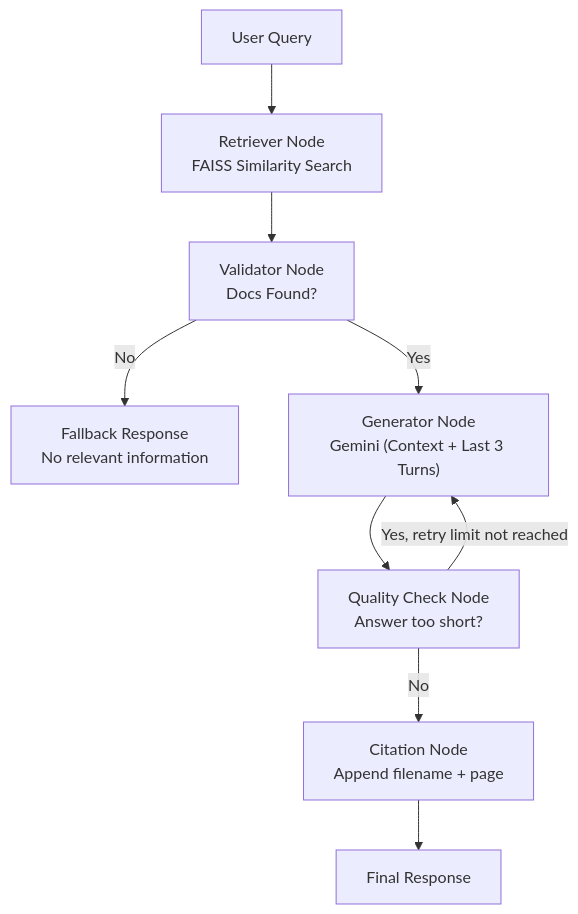
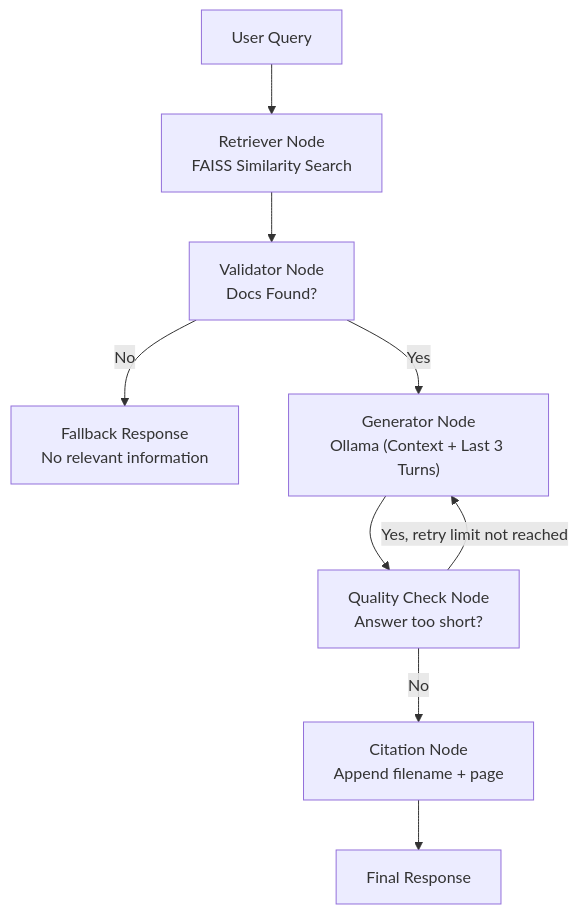
One commit to itsmepraksh/rag_app_assignment changed the diagram in README.md. Above: the diagram before and after it, drawn with Mermaid. The commit also changed other lines of this file and 14 other files, not shown here.

Commit message:
feat: Migrate LLM backend from Gemini to Ollama, introduce a dedicated LLM client, and enhance UI responsiveness with a thinking state.

````diff
--- a/README.md
+++ b/README.md
@@ -67,11 +97,11 @@
 ```mermaid
 flowchart TD
     A["User Query"] --> B["Retriever Node<br/>FAISS Similarity Search"]
     B --> C["Validator Node<br/>Docs Found?"]
     C -->|No| Z["Fallback Response<br/>No relevant information"]
-    C -->|Yes| D["Generator Node<br/>Gemini (Context + Last 3 Turns)"]
+    C -->|Yes| D["Generator Node<br/>Ollama (Context + Last 3 Turns)"]
     D --> E["Quality Check Node<br/>Answer too short?"]
     E -->|Yes, retry limit not reached| D
     E -->|No| F["Citation Node<br/>Append filename + page"]
     F --> G["Final Response"]
 ```
````
